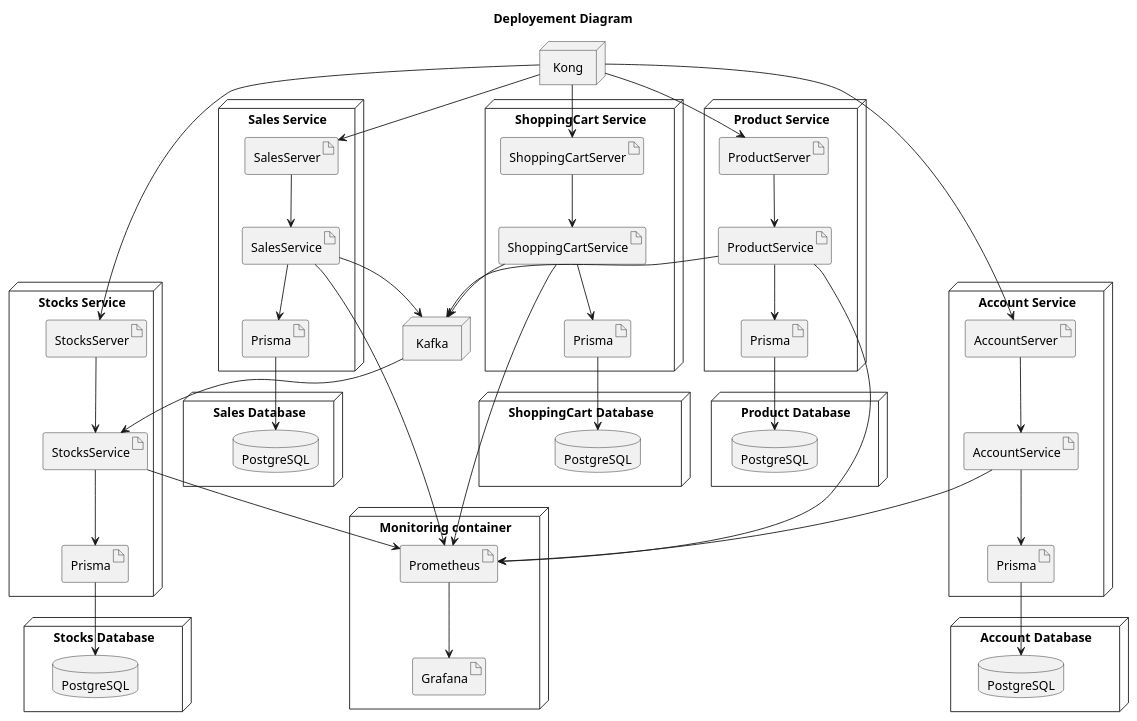
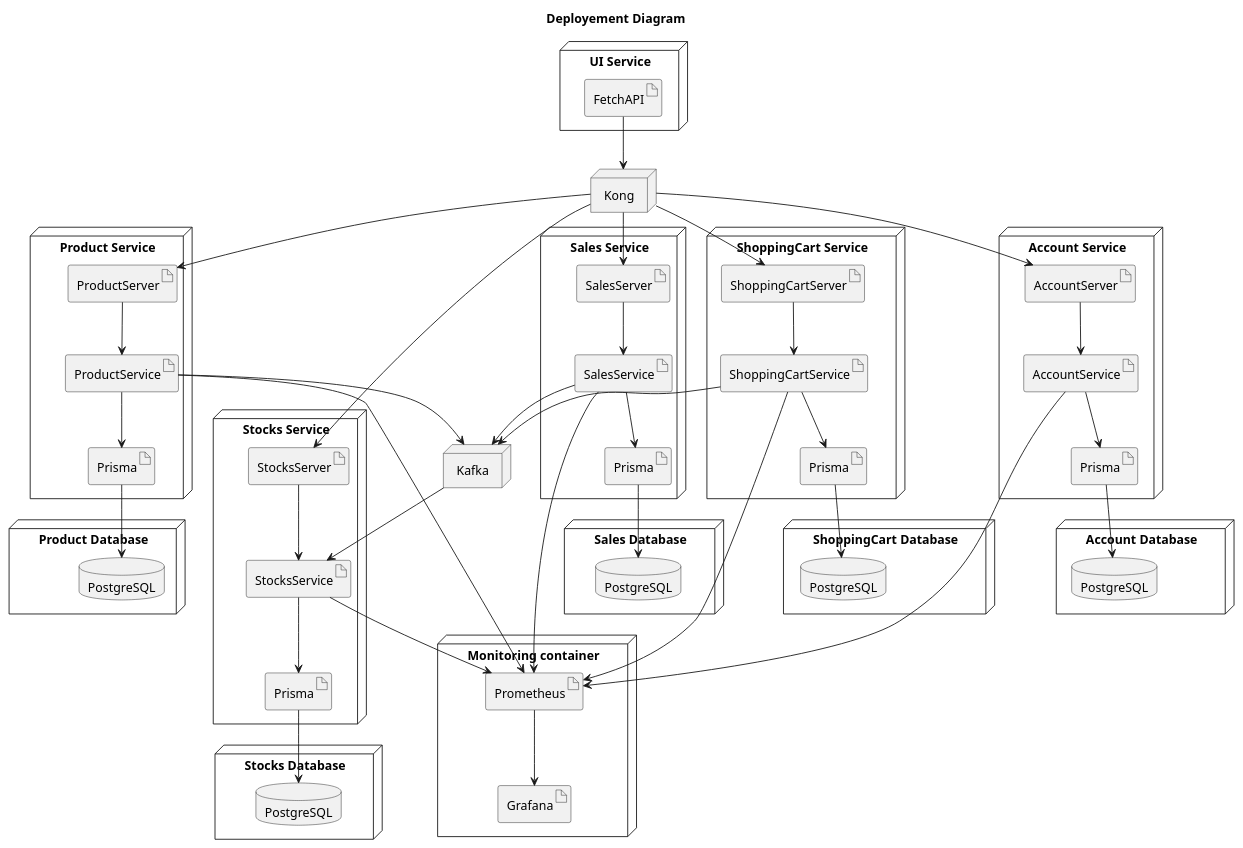
Before and after one commit to ThePhobosDeimosSuite/laboratoire-0_log430: the second of 20 diagrams in docs/rapport.md, drawn with PlantUML. The commit also changed other lines of this file and 27 other files, not shown here.

```diff
--- a/docs/rapport.md
+++ b/docs/rapport.md
@@ -259,6 +250,11 @@
     artifact "Prisma" as ShoppingCartPrisma
 }
 
+node "UI Service" {
+    artifact FetchAPI
+}
+
+    [FetchAPI] --> [Kong]
     [Kong] --> [ShoppingCartServer]
     [ShoppingCartServer] --> [ShoppingCartService]
     [ShoppingCartService] --> [Prometheus]
```
